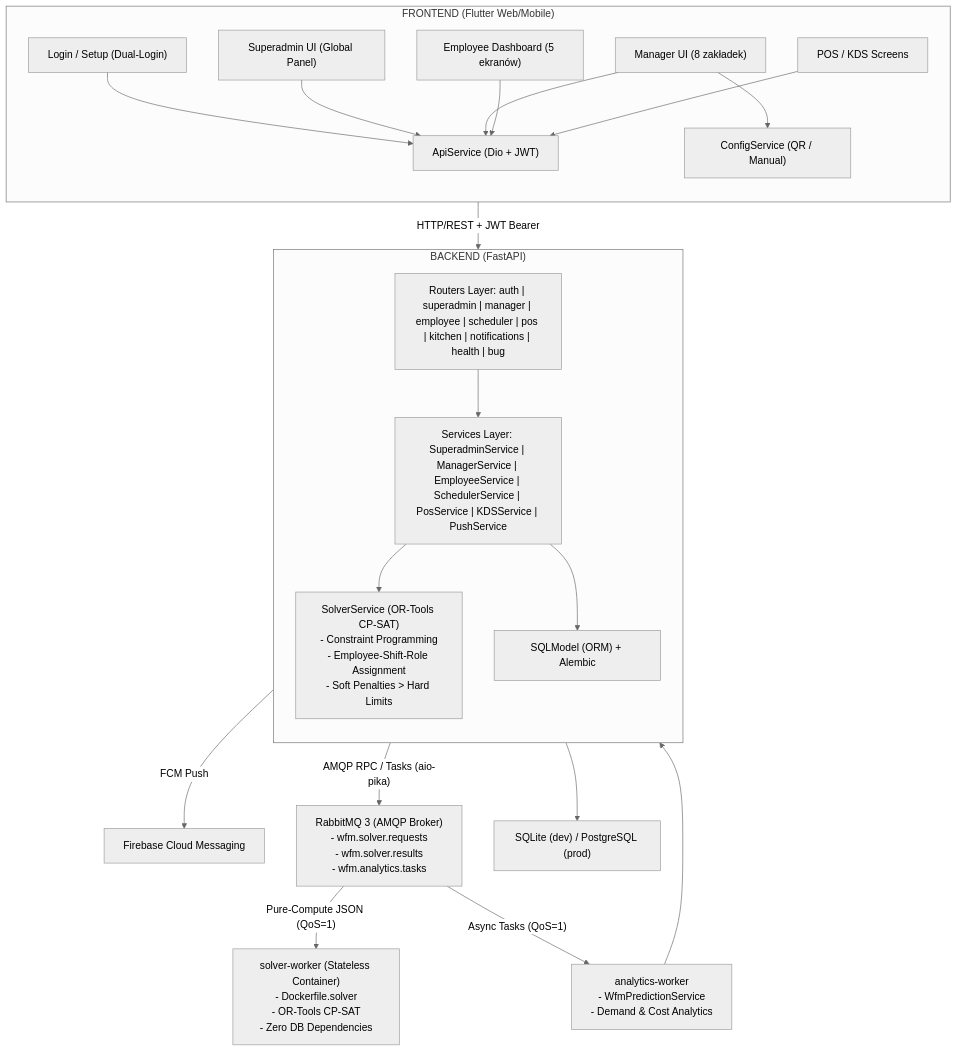
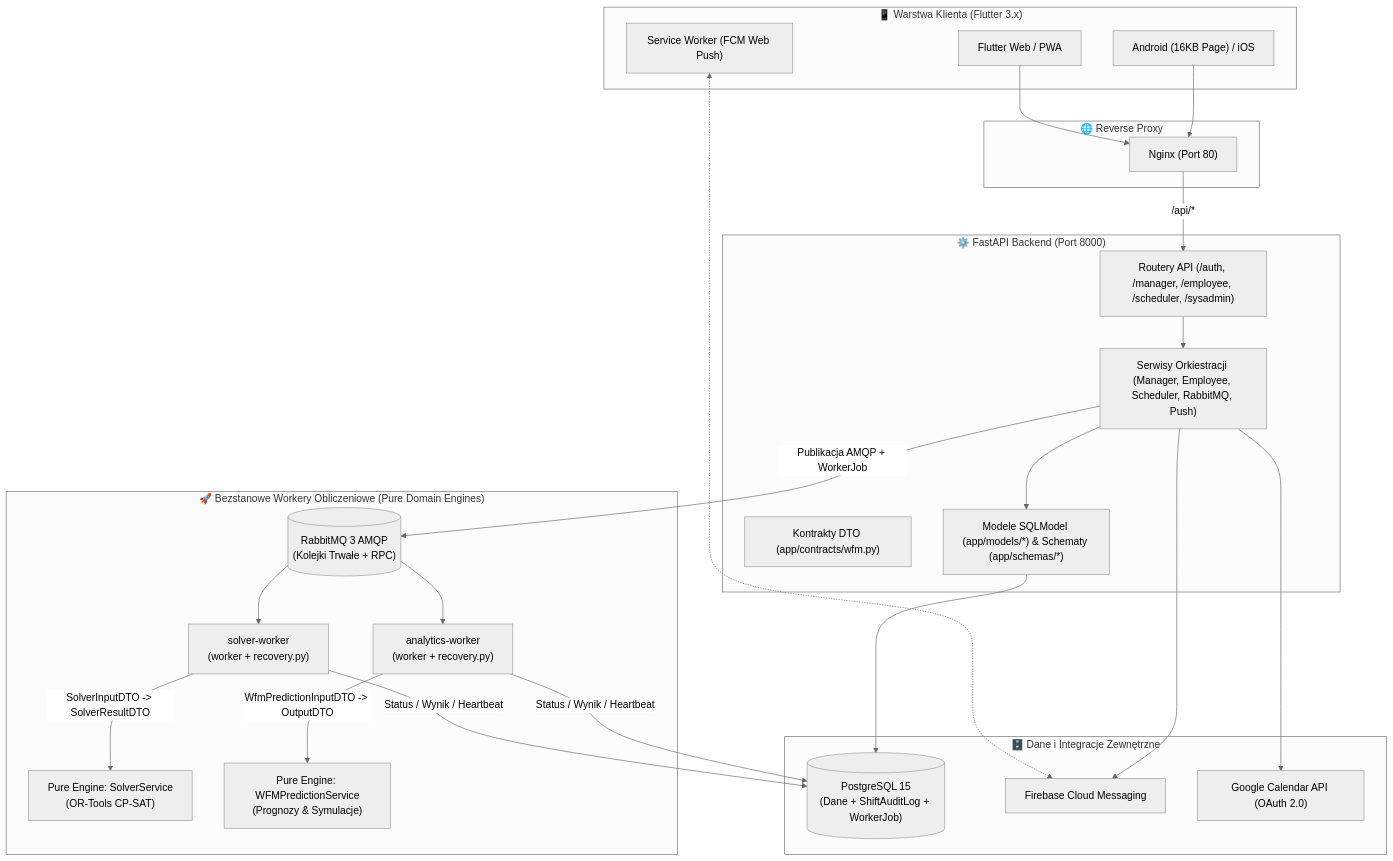
One commit to mwieclawek/PlannerV2 changed the first of 6 diagrams in ARCHITECTURE.md. Above: the diagram before and after it, drawn with Mermaid (neutral theme). The commit also changed other lines of this file and 9 other files, not shown here.

Commit message:
docs(release): update all documentation, improve GitHub diagrams with SVG zoom links, and add v2.2.4 release notes

````diff
--- a/ARCHITECTURE.md
+++ b/ARCHITECTURE.md
@@ -28,41 +19,46 @@
 ```mermaid
-graph TD
-    subgraph FRONTEND["FRONTEND (Flutter Web/Mobile)"]
-        direction TB
-        LOGIN["Login / Setup (Dual-Login)"]
-        SUPERADMIN_UI["Superadmin UI (Global Panel)"]
-        MANAGER_UI["Manager UI (8 zakładek)"]
-        EMPLOYEE_UI["Employee Dashboard (5 ekranów)"]
-        POS_UI["POS / KDS Screens"]
-        API_SVC["ApiService (Dio + JWT)"]
-        CONFIG_SVC["ConfigService (QR / Manual)"]
-
-        LOGIN --> API_SVC
-        SUPERADMIN_UI --> API_SVC
-        MANAGER_UI --> API_SVC
-        EMPLOYEE_UI --> API_SVC
-        POS_UI --> API_SVC
-        MANAGER_UI --> CONFIG_SVC
+flowchart TD
+    subgraph Client["📱 Warstwa Klienta (Flutter 3.x)"]
+        WEB["Flutter Web / PWA"]
+        MOB["Android (16KB Page) / iOS"]
+        SW["Service Worker (FCM Web Push)"]
     end
 
-    API_SVC -- "HTTP/REST + JWT Bearer" --> ROUTERS
-
-    subgraph BACKEND["BACKEND (FastAPI)"]
-        direction TB
-        ROUTERS["Routers Layer: auth | superadmin | manager | employee | scheduler | pos | kitchen | notifications | health | bug"]
-        SERVICES["Services Layer: SuperadminService | ManagerService | EmployeeService | SchedulerService | PosService | KDSService | PushService"]
-        SOLVER["SolverService (OR-Tools CP-SAT)\n- Constraint Programming\n- Employee-Shift-Role Assignment\n- Soft Penalties > Hard Limits"]
-        ORM["SQLModel (ORM) + Alembic"]
-
-        ROUTERS --> SERVICES
-        SERVICES --> SOLVER
-        SERVICES --> ORM
+    subgraph Edge["🌐 Reverse Proxy"]
+        NGINX["Nginx (Port 80)"]
     end
 
-    SERVICES -- "FCM Push" --> FCM["Firebase Cloud Messaging"]
-    SERVICES -- "AMQP RPC / Tasks (aio-pika)" --> RABBITMQ["RabbitMQ 3 (AMQP Broker)\n- wfm.solver.requests\n- wfm.solver.results\n- wfm.analytics.tasks"]
-    RABBITMQ -- "Pure-Compute JSON (QoS=1)" --> SOLVER_WORKER["solver-worker (Stateless Container)\n- Dockerfile.solver\n- OR-Tools CP-SAT\n- Zero DB Dependencies"]
-    RABBITMQ -- "Async Tasks (QoS=1)" --> ANALYTICS_WORKER["analytics-worker\n- WfmPredictionService\n- Demand & Cost Analytics"]
-    ANALYTICS_WORKER --> ORM
-    ORM --> DB["SQLite (dev) / PostgreSQL (prod)"]
+    subgraph Backend["⚙️ FastAPI Backend (Port 8000)"]
+        ROUTERS["Routery API (/auth, /manager, /employee, /scheduler, /sysadmin)"]
+        SERVICES["Serwisy Orkiestracji (Manager, Employee, Scheduler, RabbitMQ, Push)"]
+        CONTRACTS["Kontrakty DTO (app/contracts/wfm.py)"]
+        MODELS["Modele SQLModel (app/models/*) & Schematy (app/schemas/*)"]
+    end
+
+    subgraph AsyncWorkers["🚀 Bezstanowe Workery Obliczeniowe (Pure Domain Engines)"]
+        RMQ[("RabbitMQ 3 AMQP\n(Kolejki Trwałe + RPC)")]
+        SOLVER_W["solver-worker\n(worker + recovery.py)"]
+        SOLVER_E["Pure Engine: SolverService\n(OR-Tools CP-SAT)"]
+        WFM_W["analytics-worker\n(worker + recovery.py)"]
+        WFM_E["Pure Engine: WFMPredictionService\n(Prognozy & Symulacje)"]
+    end
+
+    subgraph Storage["🗄️ Dane i Integracje Zewnętrzne"]
+        PG[("PostgreSQL 15\n(Dane + ShiftAuditLog + WorkerJob)")]
+        FCM["Firebase Cloud Messaging"]
+        GCAL["Google Calendar API (OAuth 2.0)"]
+    end
+
+    WEB & MOB --> NGINX
+    SW <.-> FCM
+    NGINX -->|"/api/*"| ROUTERS
+    ROUTERS --> SERVICES
+    SERVICES --> MODELS
+    MODELS --> PG
+    SERVICES -->|"Publikacja AMQP + WorkerJob"| RMQ
+    RMQ --> SOLVER_W & WFM_W
+    SOLVER_W -->|"SolverInputDTO -> SolverResultDTO"| SOLVER_E
+    WFM_W -->|"WfmPredictionInputDTO -> OutputDTO"| WFM_E
+    SOLVER_W & WFM_W -->|"Status / Wynik / Heartbeat"| PG
+    SERVICES --> FCM & GCAL
 ```
````
